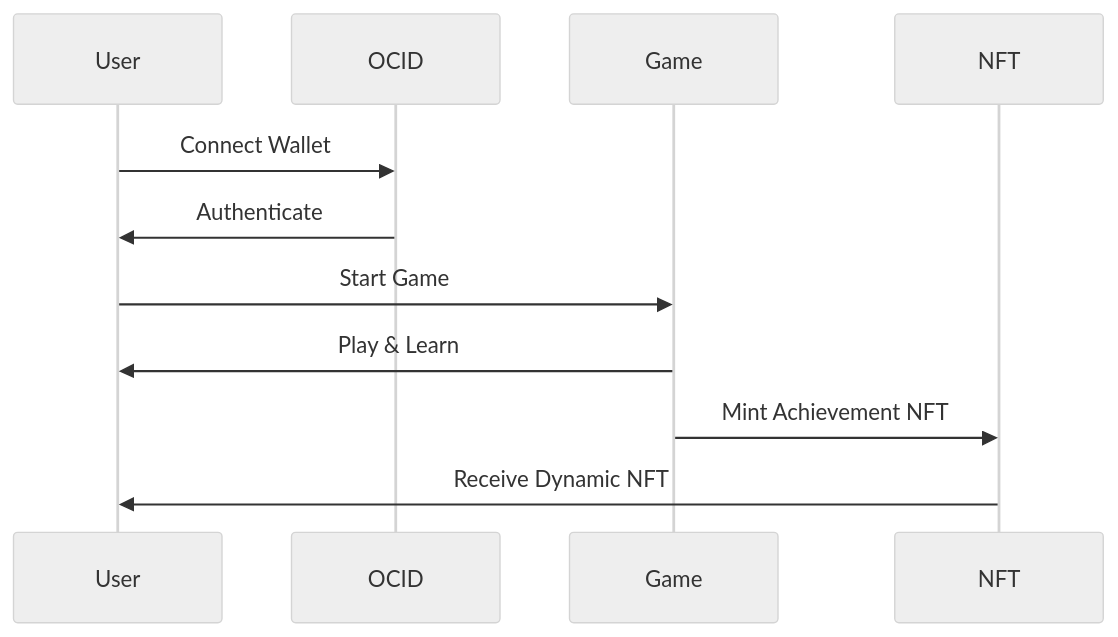
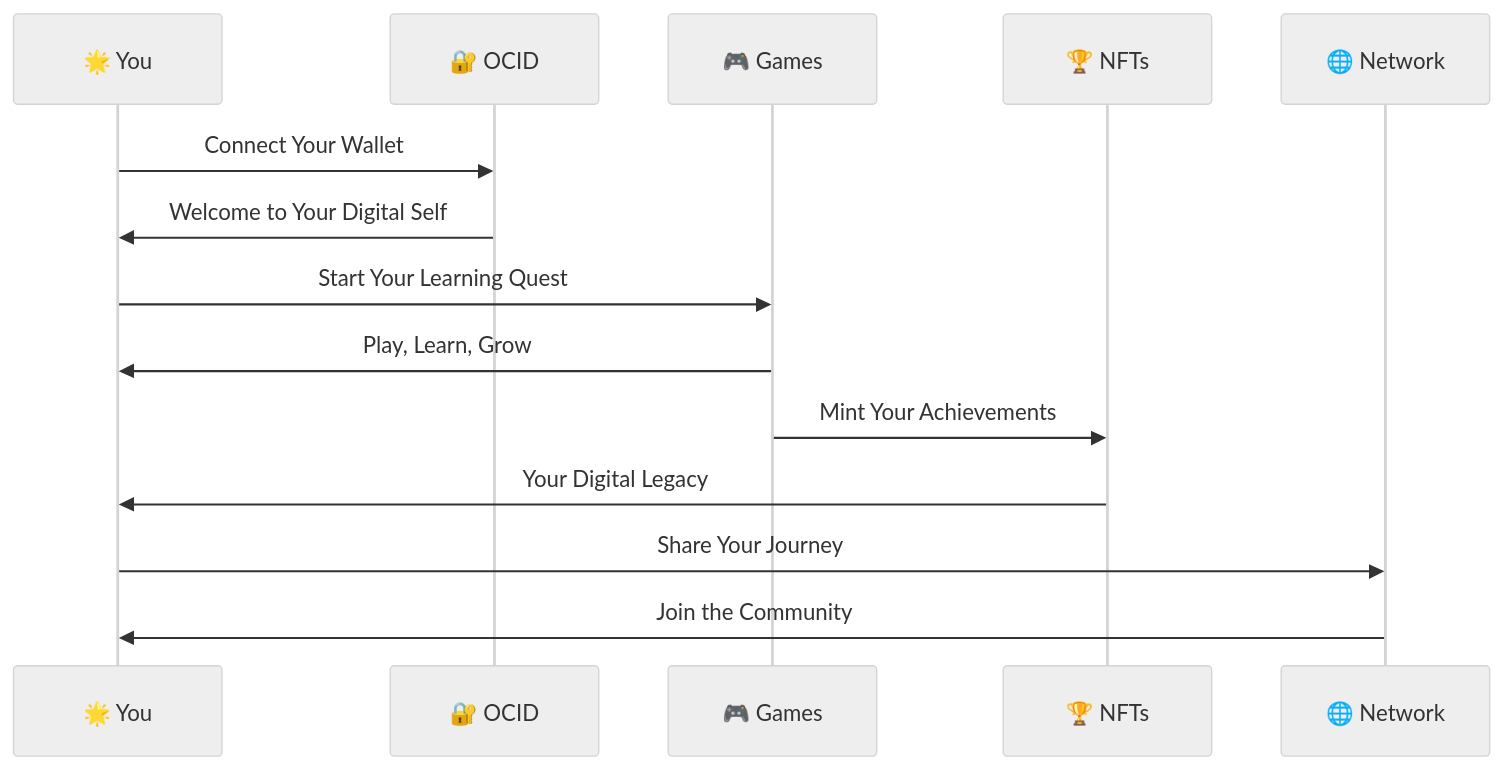
The second of 3 diagrams in README.md (Intellilearn-gm/IL-core), drawn with Mermaid (neutral theme) before and after one commit. The commit also changed other lines of this file, not shown here.

````diff
--- a/README.md
+++ b/README.md
@@ -128,14 +145,17 @@
-```mermaid
-sequenceDiagram
-    participant U as User
-    participant O as OCID
-    participant G as Game
-    participant N as NFT
+  ```mermaid
+  sequenceDiagram
+    participant You as 🌟 You
+    participant OCID as 🔐 OCID
+    participant Games as 🎮 Games
+    participant NFTs as 🏆 NFTs
+    participant Network as 🌐 Network
     
-    U->>O: Connect Wallet
-    O->>U: Authenticate
-    U->>G: Start Game
-    G->>U: Play & Learn
-    G->>N: Mint Achievement NFT
-    N->>U: Receive Dynamic NFT
-```
+    You->>OCID: Connect Your Wallet
+    OCID->>You: Welcome to Your Digital Self
+    You->>Games: Start Your Learning Quest
+    Games->>You: Play, Learn, Grow
+    Games->>NFTs: Mint Your Achievements
+    NFTs->>You: Your Digital Legacy
+    You->>Network: Share Your Journey
+    Network->>You: Join the Community
+  ```
````
